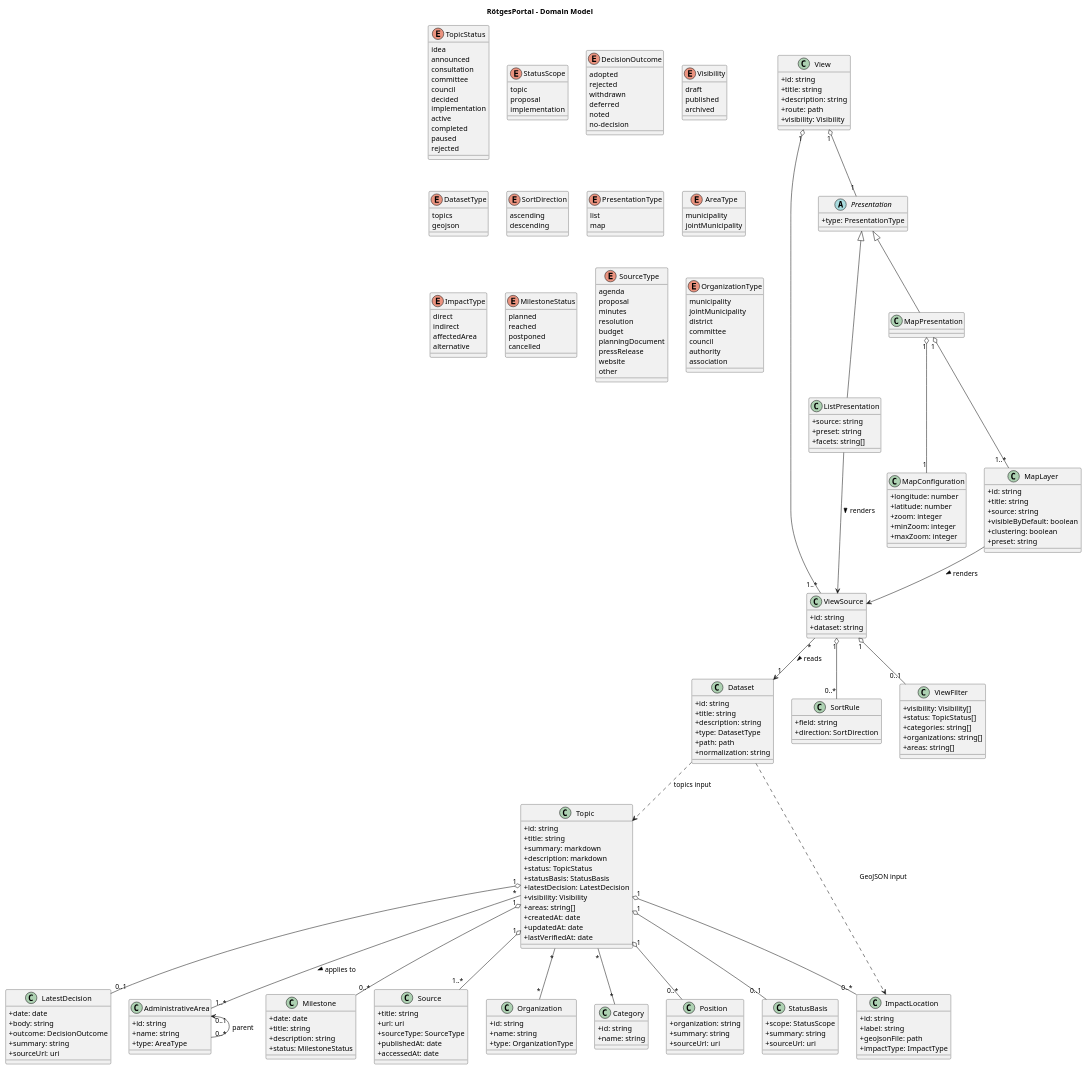
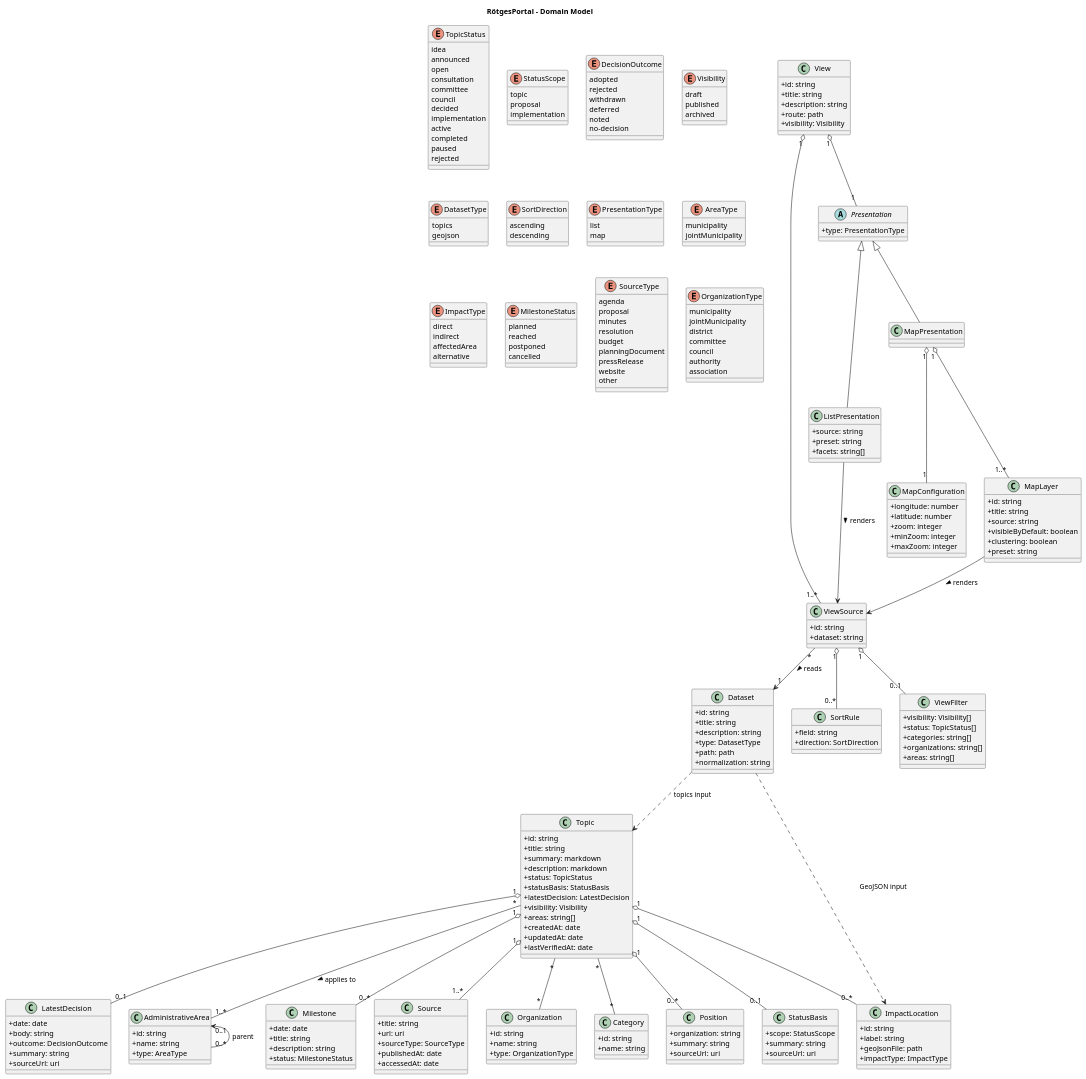
The diagram in docs/architecture/domain-model.puml (codeWithDEI/RoetgesPortal), drawn with PlantUML before and after one commit. The commit also changed 8 other files, not shown here.

```diff
--- a/docs/architecture/domain-model.puml
+++ b/docs/architecture/domain-model.puml
@@ -22,6 +22,7 @@
 enum TopicStatus {
   idea
   announced
+  open
   consultation
   committee
   council
```
